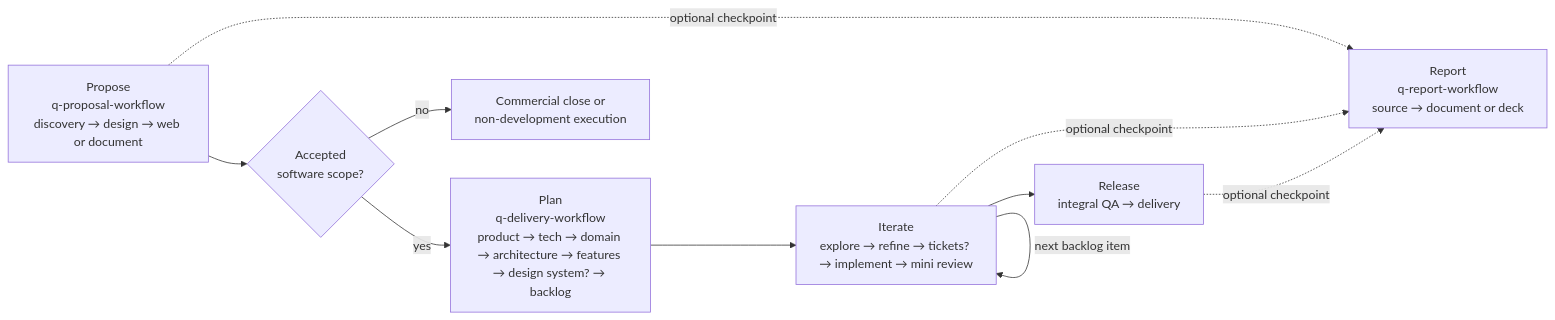
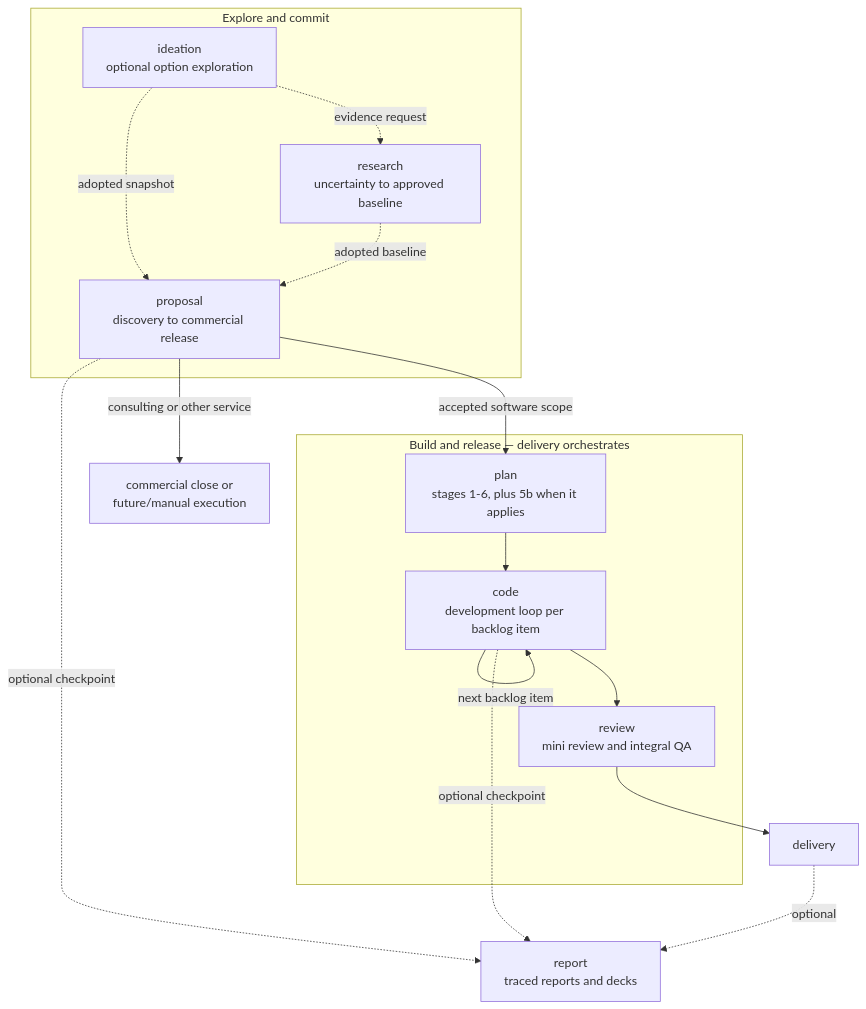
The diagram in README.md (flaviogragnolati/ai-workflow), drawn with Mermaid before and after one commit. The commit also changed other lines of this file and 11 other files, not shown here.

First line of the commit message:
Add comprehensive guides for development, delivery, planning, proposal, reporting, research, review, and shared tools

````diff
--- a/README.md
+++ b/README.md
@@ -116,12 +67,25 @@
 ```mermaid
-flowchart LR
-    P["Propose<br/>q-proposal-workflow<br/>discovery → design → web or document"] --> G{"Accepted<br/>software scope?"}
-    G -->|"yes"| A["Plan<br/>q-delivery-workflow<br/>product → tech → domain → architecture → features → design system? → backlog"]
-    G -->|"no"| C["Commercial close or<br/>non-development execution"]
-    A --> I["Iterate<br/>explore → refine → tickets? → implement → mini review"]
-    I --> Q["Release<br/>integral QA → delivery"]
-    I -->|"next backlog item"| I
-    P -. "optional checkpoint" .-> R["Report<br/>q-report-workflow<br/>source → document or deck"]
-    I -. "optional checkpoint" .-> R
-    Q -. "optional checkpoint" .-> R
+flowchart TB
+    subgraph EXPLORE["Explore and commit"]
+        IDE["ideation<br/>optional option exploration"]
+        RES["research<br/>uncertainty to approved baseline"]
+        PRO["proposal<br/>discovery to commercial release"]
+    end
+    subgraph BUILD["Build and release — delivery orchestrates"]
+        PLN["plan<br/>stages 1-6, plus 5b when it applies"]
+        COD["code<br/>development loop per backlog item"]
+        REV["review<br/>mini review and integral QA"]
+    end
+    IDE -. "adopted snapshot" .-> PRO
+    IDE -. "evidence request" .-> RES
+    RES -. "adopted baseline" .-> PRO
+    PRO -->|"accepted software scope"| PLN
+    PRO -->|"consulting or other service"| MAN["commercial close or<br/>future/manual execution"]
+    PLN --> COD
+    COD -->|"next backlog item"| COD
+    COD --> REV
+    REV --> SHIP["delivery"]
+    PRO -. "optional checkpoint" .-> REP["report<br/>traced reports and decks"]
+    COD -. "optional checkpoint" .-> REP
+    SHIP -. "optional" .-> REP
 ```
````
